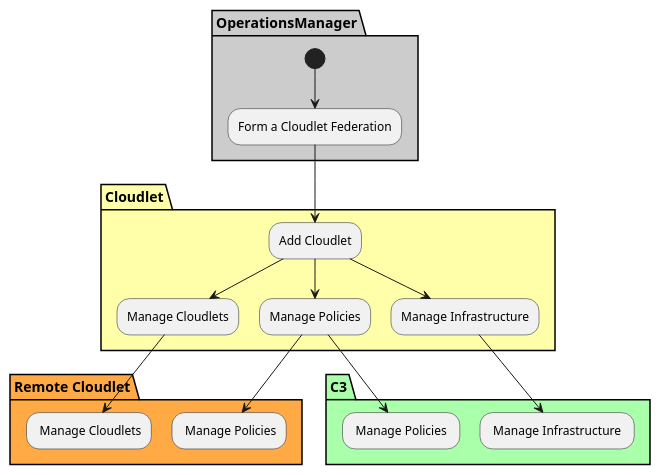
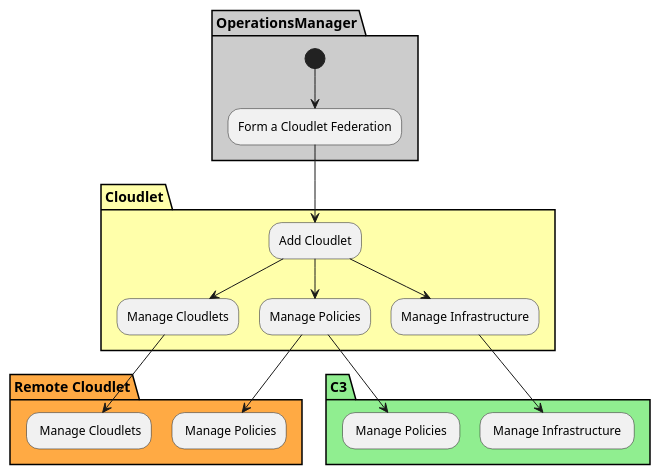
The diagram in docs/Actors/Operations-Manager/Activity.puml (CAADE/CloudLet), drawn with PlantUML before and after one commit. The commit also changed 74 other files, not shown here.

```diff
--- a/docs/Actors/Operations-Manager/Activity.puml
+++ b/docs/Actors/Operations-Manager/Activity.puml
@@ -1,24 +1,24 @@
 @startuml
 
 
 partition "OperationsManager"  #cccccc {
   (*) --> "Form a Cloudlet Federation"
 }
 
 partition "Cloudlet" #ffffaa {
   "Form a Cloudlet Federation" --> "Add Cloudlet"
   "Add Cloudlet" --> "Manage Cloudlets"
   "Add Cloudlet" --> "Manage Infrastructure"
   "Add Cloudlet" --> "Manage Policies"
 }
 
-partition "C3" #aaffaa {
+partition "C3" #lightgreen {
   "Manage Policies" --> " Manage Policies "
   "Manage Infrastructure" --> " Manage Infrastructure "
 }
 
 partition "Remote Cloudlet" #ffaa44 {
   "Manage Cloudlets" --> " Manage Cloudlets"
   "Manage Policies" --> " Manage Policies"
 }
 @enduml
```
